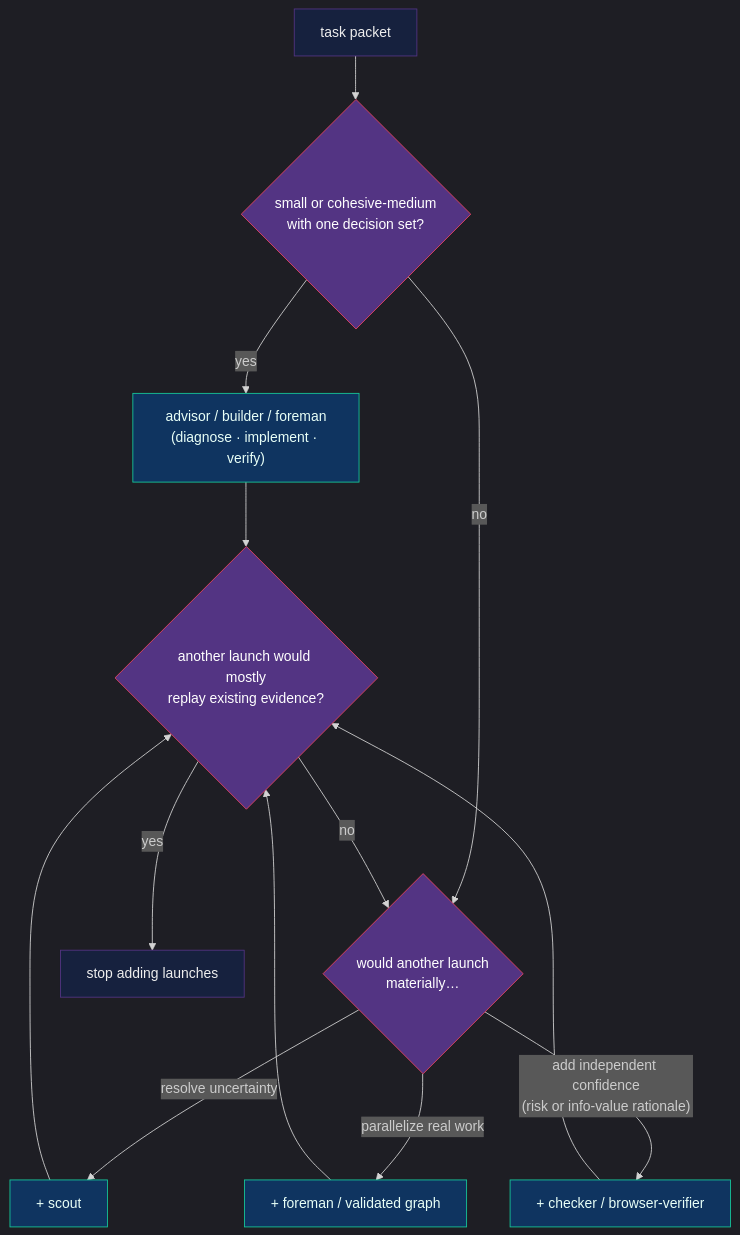
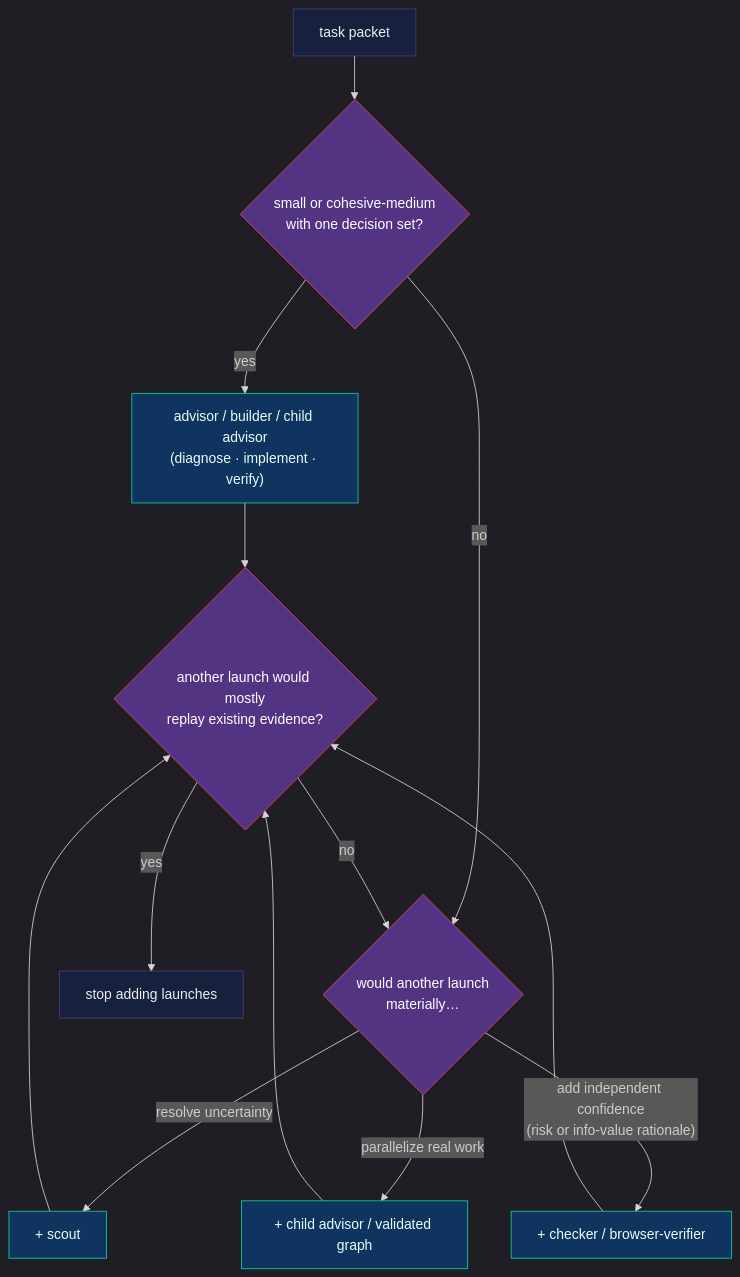
One commit to nourhelmi/pi-meta-harness changed the diagram in docs/advisor-runtime.md. Above: the diagram before and after it, drawn with Mermaid. The commit also changed other lines of this file and 74 other files, not shown here.

Commit message:
feat(advisor): replace foreman with scoped child advisors

````diff
--- a/docs/advisor-runtime.md
+++ b/docs/advisor-runtime.md
@@ -83,26 +83,26 @@
 ```mermaid
 ---
 config:
   theme: dark
 ---
 flowchart TD
   Task["task packet"] --> Q{"small or cohesive-medium\nwith one decision set?"}
-  Q -->|yes| Maker["advisor / builder / foreman\n(diagnose · implement · verify)"]
+  Q -->|yes| Maker["advisor / builder / child advisor\n(diagnose · implement · verify)"]
   Q -->|no| Gate{"would another launch\nmaterially…"}
   Gate -->|"resolve uncertainty"| Scout["+ scout"]
-  Gate -->|"parallelize real work"| Graph["+ foreman / validated graph"]
+  Gate -->|"parallelize real work"| Graph["+ child advisor / validated graph"]
   Gate -->|"add independent confidence\n(risk or info-value rationale)"| Check["+ checker / browser-verifier"]
   Scout --> Stop
   Graph --> Stop
   Check --> Stop
   Maker --> Stop{"another launch would mostly\nreplay existing evidence?"}
   Stop -->|yes| Done["stop adding launches"]
   Stop -->|no| Gate
 
   classDef q fill:#533483,stroke:#e94560,color:#fff
   classDef w fill:#0f3460,stroke:#16c79a,color:#e8fff7
   classDef t fill:#16213e,stroke:#533483,color:#eee
   class Q,Gate,Stop q
   class Maker,Scout,Graph,Check w
   class Task,Done t
 ```
````
